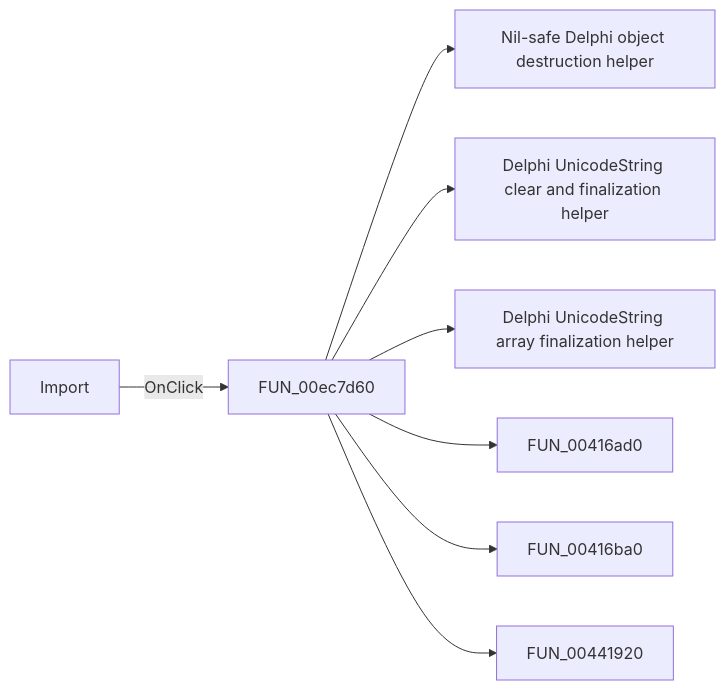
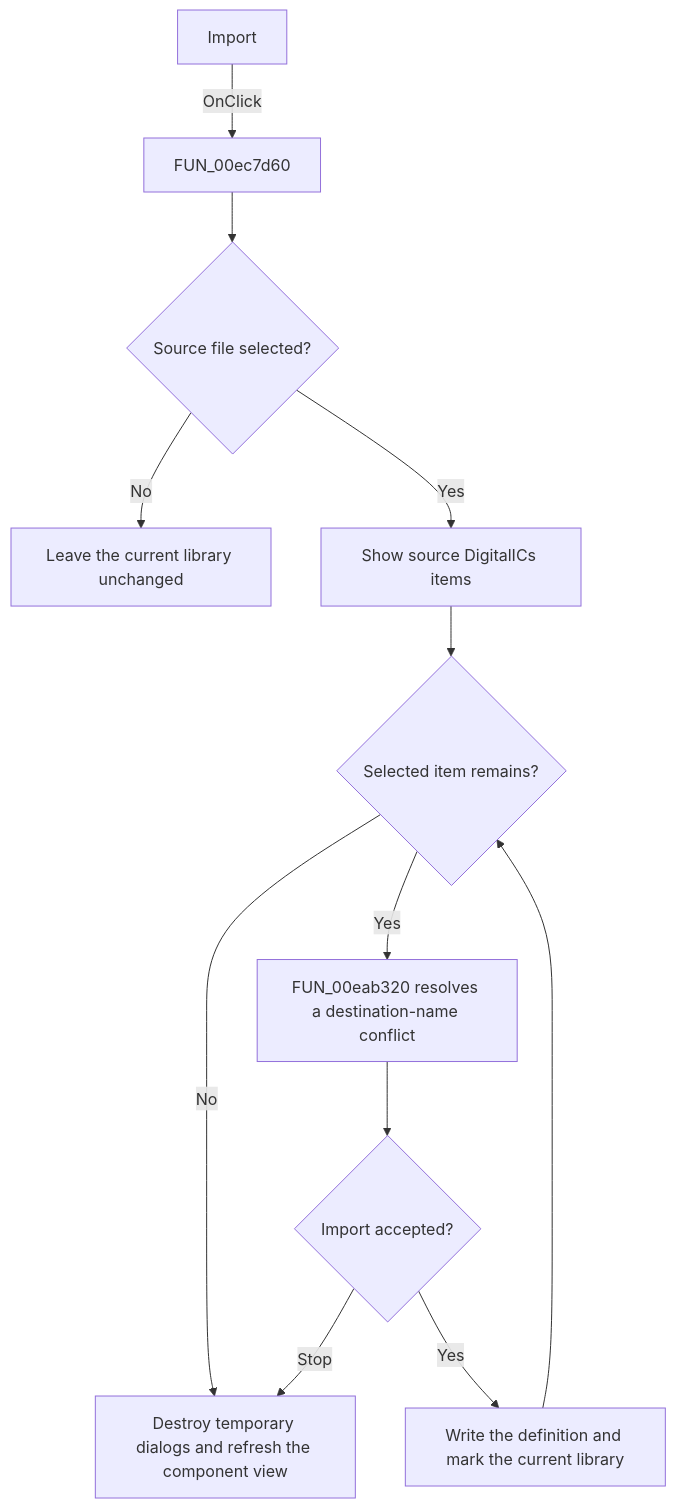
The diagram in docs/ui-controls/pcbform4/btnimportcomponent-346d258d18.md (MovGP0/TIARA), drawn with Mermaid before and after one commit. The commit also changed other lines of this file and 1062 other files, not shown here.

````diff
--- a/docs/ui-controls/pcbform4/btnimportcomponent-346d258d18.md
+++ b/docs/ui-controls/pcbform4/btnimportcomponent-346d258d18.md
@@ -27,10 +31,14 @@
 ```mermaid
-flowchart LR
+flowchart TD
     control["Import"] -->|OnClick| handler["FUN_00ec7d60"]
-    handler --> call1["Nil-safe Delphi object destruction helper"]
-    handler --> call2["Delphi UnicodeString clear and finalization helper"]
-    handler --> call3["Delphi UnicodeString array finalization helper"]
-    handler --> call4["FUN_00416ad0"]
-    handler --> call5["FUN_00416ba0"]
-    handler --> call6["FUN_00441920"]
+    handler --> file{"Source file selected?"}
+    file -->|No| noChange["Leave the current library unchanged"]
+    file -->|Yes| select["Show source DigitalICs items"]
+    select --> item{"Selected item remains?"}
+    item -->|No| cleanup["Destroy temporary dialogs and refresh the component view"]
+    item -->|Yes| conflict["FUN_00eab320 resolves a destination-name conflict"]
+    conflict --> accepted{"Import accepted?"}
+    accepted -->|Yes| write["Write the definition and mark the current library"]
+    accepted -->|Stop| cleanup
+    write --> item
 ```
````
